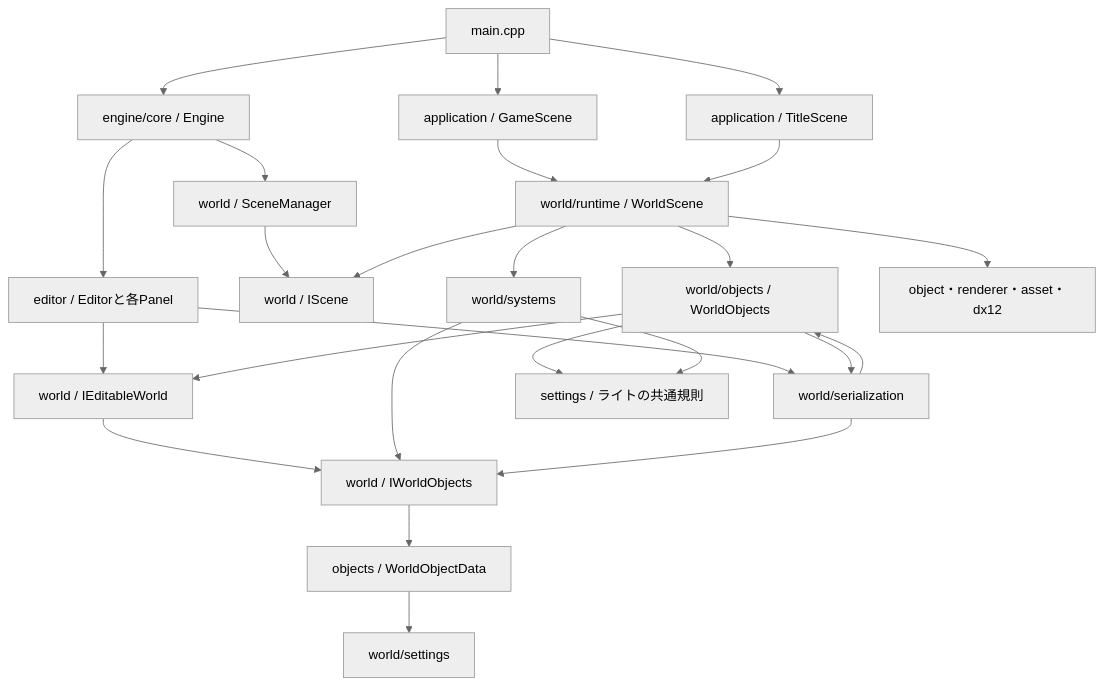
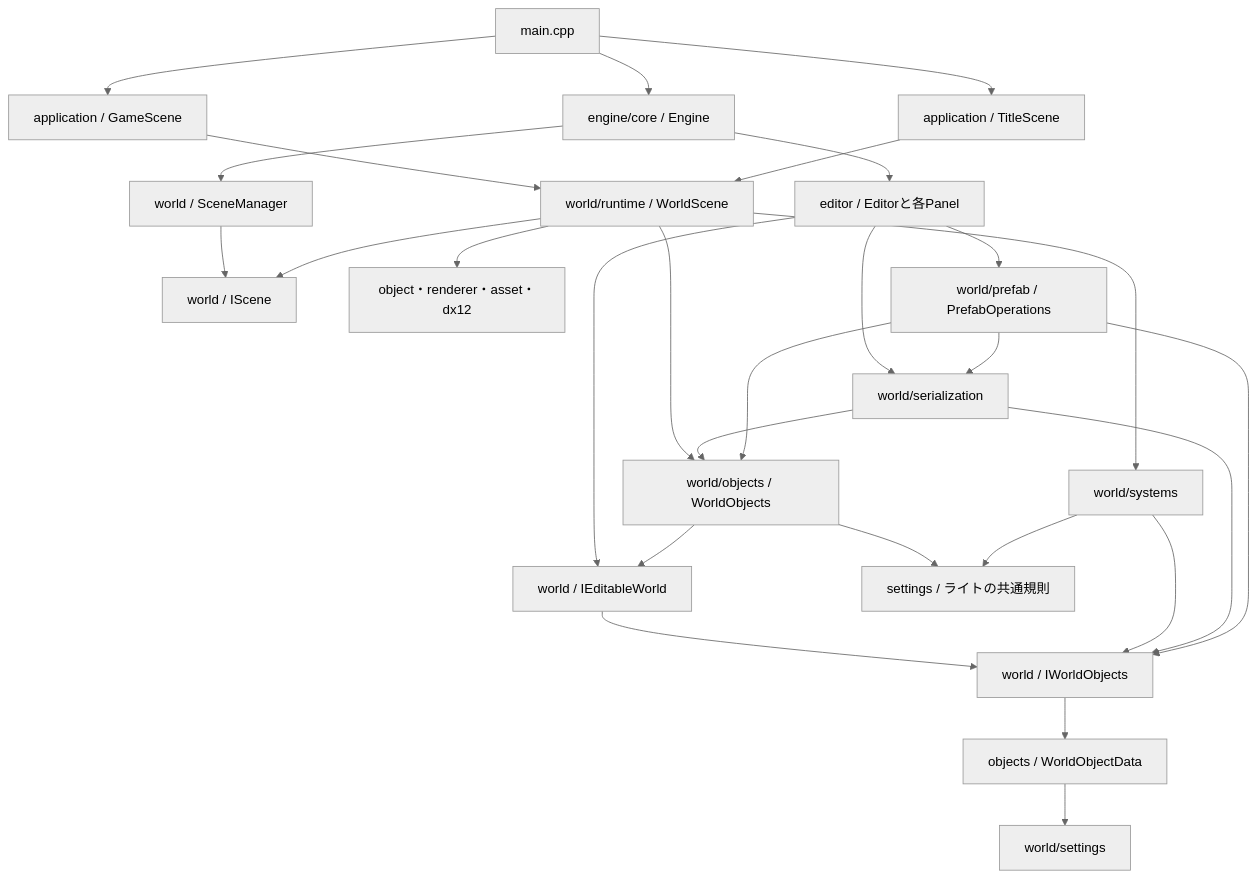
One commit to TAKATAN0829/PonEngine changed the diagram in docs/dependencies.md. Above: the diagram before and after it, drawn with Mermaid (neutral theme). The commit also changed other lines of this file and 142 other files, not shown here.

````diff
--- a/docs/dependencies.md
+++ b/docs/dependencies.md
@@ -11,27 +11,30 @@
 ```mermaid
 flowchart TD
     Main[main.cpp] --> Game[application / GameScene]
     Main --> Title[application / TitleScene]
     Main --> Engine[engine/core / Engine]
     Engine --> Manager[world / SceneManager]
     Engine --> Editor[editor / Editorと各Panel]
     Manager --> Scene[world / IScene]
     Game --> Runtime[world/runtime / WorldScene]
     Title --> Runtime
     Runtime --> Scene
     Runtime --> Objects[world/objects / WorldObjects]
     Editor --> Interface[world / IEditableWorld]
     Objects --> Interface
     Interface --> Common[world / IWorldObjects]
     Common --> Data[objects / WorldObjectData]
     Runtime --> Systems[world/systems]
     Runtime --> Render[object・renderer・asset・dx12]
     Data --> Components[world/settings]
     Systems --> Common
     Storage --> Common
     Editor --> Storage[world/serialization]
     Storage --> Objects
-    Objects --> Storage
+    Editor --> Prefab[world/prefab / PrefabOperations]
+    Prefab --> Common
+    Prefab --> Objects
+    Prefab --> Storage
     Objects --> LightRules[settings / ライトの共通規則]
     Systems --> LightRules
 ```
````
